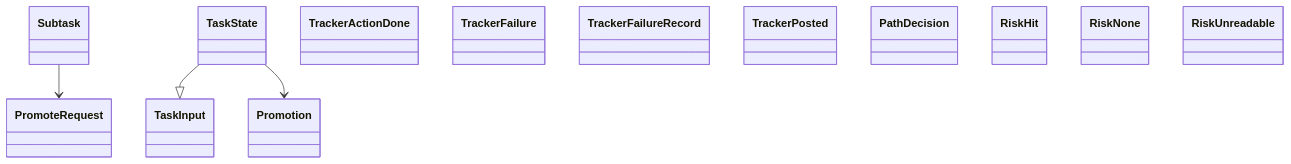
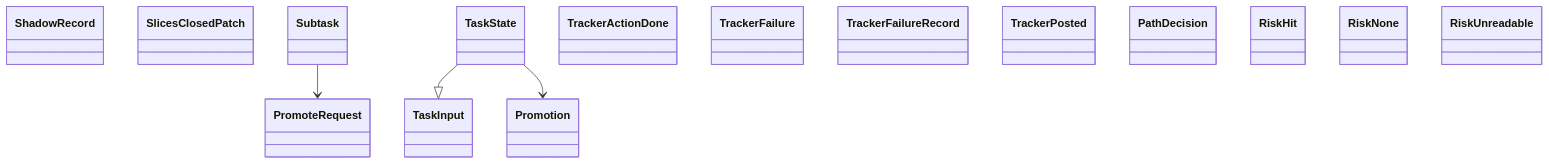
The diagram in docs/architecture/generated/classes-process-domain-state-7.md (GonzaloZevallos/agentic-system), drawn with Mermaid before and after one commit. The commit also changed 4 other files, not shown here.

Commit message:
Regenerate the architecture pages and list lane_recorded among the landing's scalar keys

````diff
--- a/docs/architecture/generated/classes-process-domain-state-7.md
+++ b/docs/architecture/generated/classes-process-domain-state-7.md
@@ -26,19 +26,21 @@
 ```mermaid
 classDiagram
+    class task__ShadowRecord["ShadowRecord"]
+    class task__SlicesClosedPatch["SlicesClosedPatch"]
     class task__Subtask["Subtask"]
     class task__TaskInput["TaskInput"]
     class task__TaskState["TaskState"]
     class task__TrackerActionDone["TrackerActionDone"]
     class task__TrackerFailure["TrackerFailure"]
     class task__TrackerFailureRecord["TrackerFailureRecord"]
     class task__TrackerPosted["TrackerPosted"]
     class task_path__PathDecision["PathDecision"]
     class task_path__PromoteRequest["PromoteRequest"]
     class task_path__Promotion["Promotion"]
     class task_path__RiskHit["RiskHit"]
     class task_path__RiskNone["RiskNone"]
     class task_path__RiskUnreadable["RiskUnreadable"]
     task__Subtask --> task_path__PromoteRequest
     task__TaskState --|> task__TaskInput
     task__TaskState --> task_path__Promotion
 ```
````
